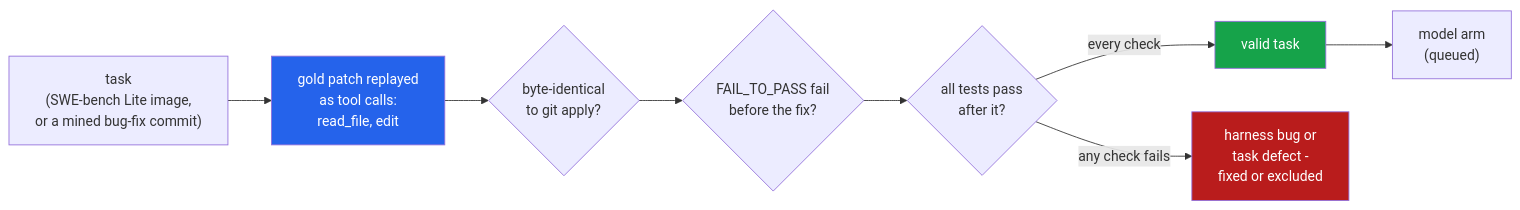
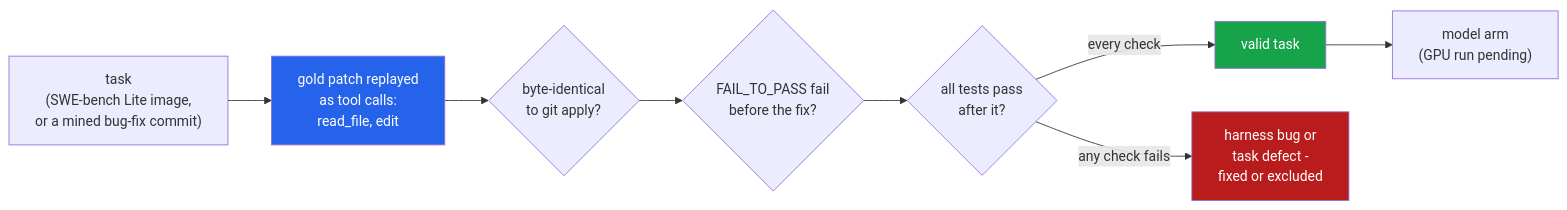
Before and after one commit to hammasbuilds/terminal-agent: the diagram in README.md, drawn with Mermaid. The commit also changed other lines of this file and 1 other file, not shown here.

Commit message:
State the model-arm status once, move the reproduction notes into the README, drop the internal status note

````diff
--- a/README.md
+++ b/README.md
@@ -32,14 +32,14 @@
 ```mermaid
 flowchart LR
     T["task<br/>(SWE-bench Lite image,<br/>or a mined bug-fix commit)"] --> G["gold patch replayed<br/>as tool calls:<br/>read_file, edit"]
     G --> C1{"byte-identical<br/>to git apply?"}
     C1 --> C2{"FAIL_TO_PASS fail<br/>before the fix?"}
     C2 --> C3{"all tests pass<br/>after it?"}
     C3 -->|"every check"| V["valid task"]
     C3 -->|"any check fails"| B["harness bug or<br/>task defect -<br/>fixed or excluded"]
-    V --> M["model arm<br/>(queued)"]
+    V --> M["model arm<br/>(GPU run pending)"]
 
     style G fill:#2563eb,color:#fff
     style B fill:#b91c1c,color:#fff
     style V fill:#16a34a,color:#fff
 ```
````
